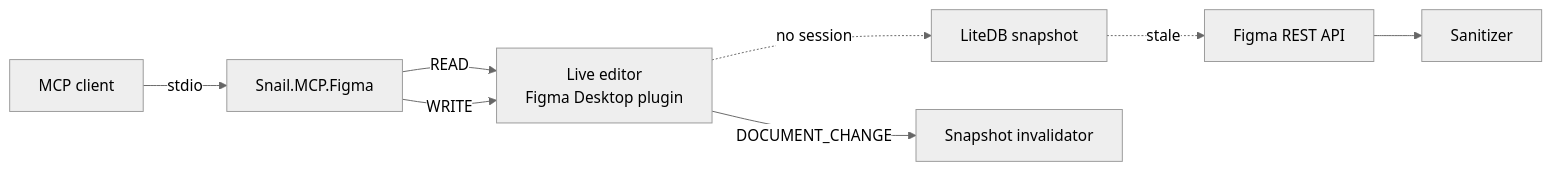
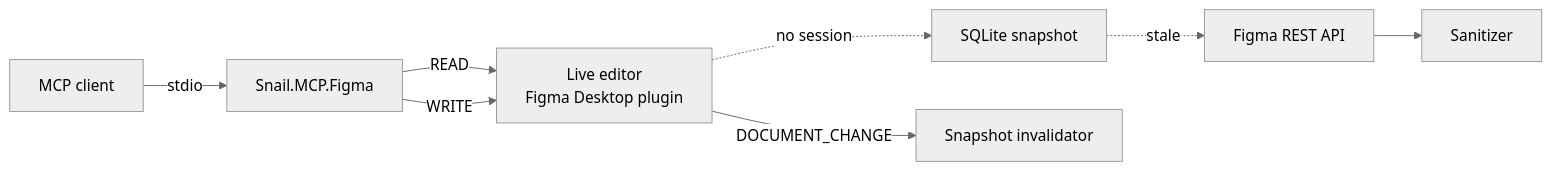
The diagram in docs/content/index.md (orldev/Snail.MCP.Figma), drawn with Mermaid (neutral theme) before and after one commit. The commit also changed other lines of this file and 73 other files, not shown here.

````diff
--- a/docs/content/index.md
+++ b/docs/content/index.md
@@ -9,10 +9,10 @@
 ```mermaid
 flowchart LR
     C["MCP client"] -- stdio --> S["Snail.MCP.Figma"]
     S -- READ --> P["Live editor<br/>Figma Desktop plugin"]
-    P -. no session .-> N["LiteDB snapshot"]
+    P -. no session .-> N["SQLite snapshot"]
     N -. stale .-> R["Figma REST API"]
     R --> Z["Sanitizer"]
     S -- WRITE --> P
     P -- DOCUMENT_CHANGE --> I["Snapshot invalidator"]
 ```
````
